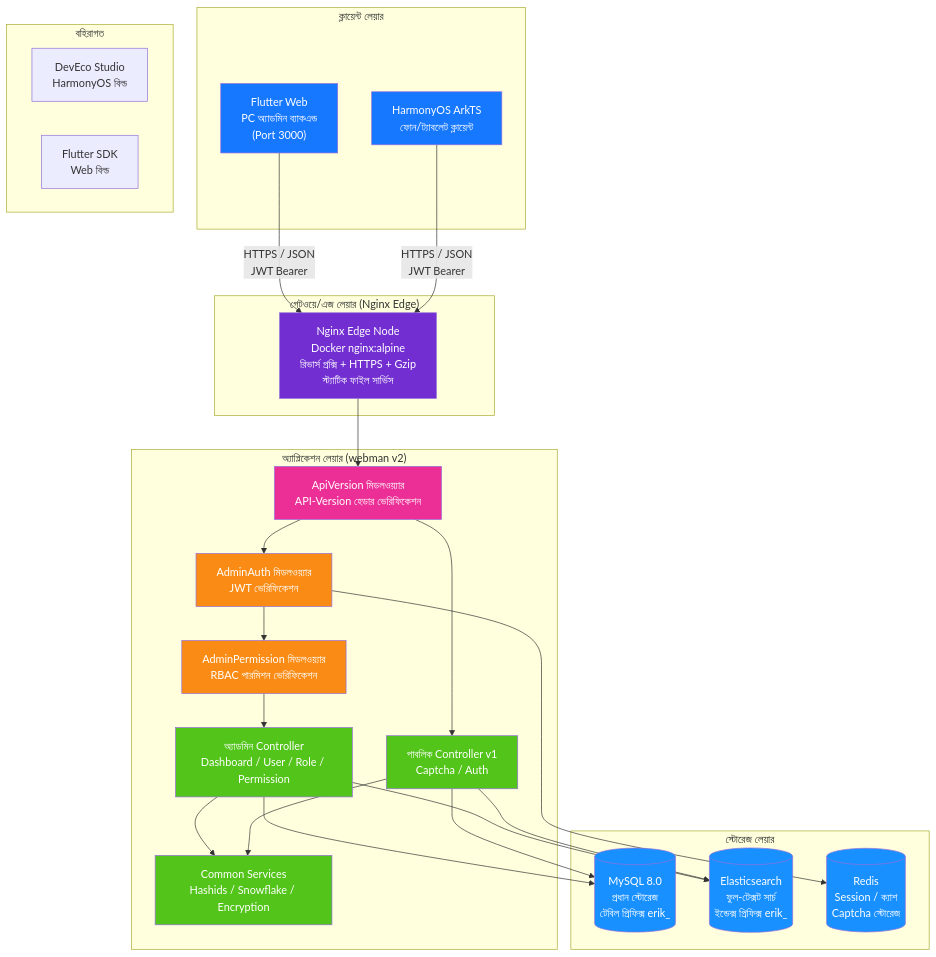
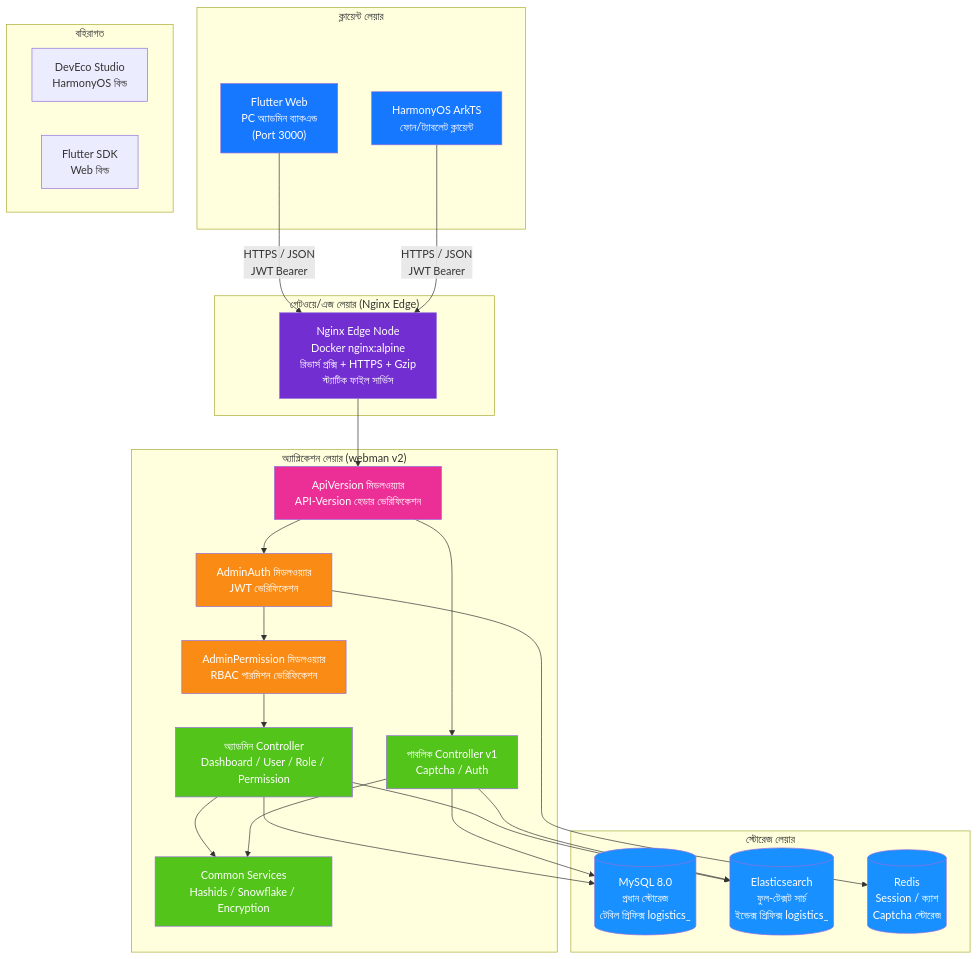
One commit to erikwang2013/integrated-global-logistics changed the first of 14 diagrams in admin/docs/ARCHITECTURE.bn.md. Above: the diagram before and after it, drawn with Mermaid. The commit also changed other lines of this file and 211 other files, not shown here.

````diff
--- a/admin/docs/ARCHITECTURE.bn.md
+++ b/admin/docs/ARCHITECTURE.bn.md
@@ -13,59 +13,59 @@
 ```mermaid
 flowchart TB
     subgraph "ক্লায়েন্ট লেয়ার"
         A1["Flutter Web<br/>PC অ্যাডমিন ব্যাকএন্ড<br/>(Port 3000)"]
         A2["HarmonyOS ArkTS<br/>ফোন/ট্যাবলেট ক্লায়েন্ট"]
     end
 
     subgraph "গেটওয়ে/এজ লেয়ার (Nginx Edge)"
         B1["Nginx Edge Node<br/>Docker nginx:alpine<br/>রিভার্স প্রক্সি + HTTPS + Gzip<br/>স্ট্যাটিক ফাইল সার্ভিস"]
     end
 
     subgraph "অ্যাপ্লিকেশন লেয়ার (webman v2)"
         C0["ApiVersion মিডলওয়্যার<br/>API-Version হেডার ভেরিফিকেশন"]
         C1["AdminAuth মিডলওয়্যার<br/>JWT ভেরিফিকেশন"]
         C2["AdminPermission মিডলওয়্যার<br/>RBAC পারমিশন ভেরিফিকেশন"]
         C3["অ্যাডমিন Controller<br/>Dashboard / User / Role / Permission"]
         C4["পাবলিক Controller v1<br/>Captcha / Auth"]
         C5["Common Services<br/>Hashids / Snowflake / Encryption"]
     end
 
     subgraph "স্টোরেজ লেয়ার"
-        D1[("MySQL 8.0<br/>প্রধান স্টোরেজ<br/>টেবিল প্রিফিক্স erik_")]
-        D2[("Elasticsearch<br/>ফুল-টেক্সট সার্চ<br/>ইন্ডেক্স প্রিফিক্স erik_")]
+        D1[("MySQL 8.0<br/>প্রধান স্টোরেজ<br/>টেবিল প্রিফিক্স logistics_")]
+        D2[("Elasticsearch<br/>ফুল-টেক্সট সার্চ<br/>ইন্ডেক্স প্রিফিক্স logistics_")]
         D3[("Redis<br/>Session / ক্যাশ<br/>Captcha স্টোরেজ")]
     end
 
     subgraph "বহিরাগত"
         E1["DevEco Studio<br/>HarmonyOS বিল্ড"]
         E2["Flutter SDK<br/>Web বিল্ড"]
     end
 
     A1 -->|"HTTPS / JSON<br/>JWT Bearer"| B1
     A2 -->|"HTTPS / JSON<br/>JWT Bearer"| B1
     B1 --> C0
     C0 --> C1
     C1 --> C2
     C2 --> C3
     C0 --> C4
     C3 --> C5
     C4 --> C5
     C3 --> D1
     C4 --> D1
     C3 --> D2
     C4 --> D2
     C1 --> D3
 
     style A1 fill:#1677FF,color:#fff
     style A2 fill:#1677FF,color:#fff
     style B1 fill:#722ED1,color:#fff
     style C0 fill:#EB2F96,color:#fff
     style C1 fill:#FA8C16,color:#fff
     style C2 fill:#FA8C16,color:#fff
     style C3 fill:#52C41A,color:#fff
     style C4 fill:#52C41A,color:#fff
     style C5 fill:#52C41A,color:#fff
     style D1 fill:#1890FF,color:#fff
     style D2 fill:#1890FF,color:#fff
     style D3 fill:#1890FF,color:#fff
 ```
````
